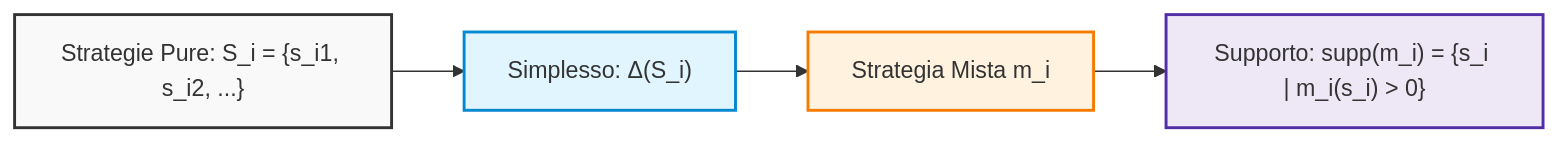
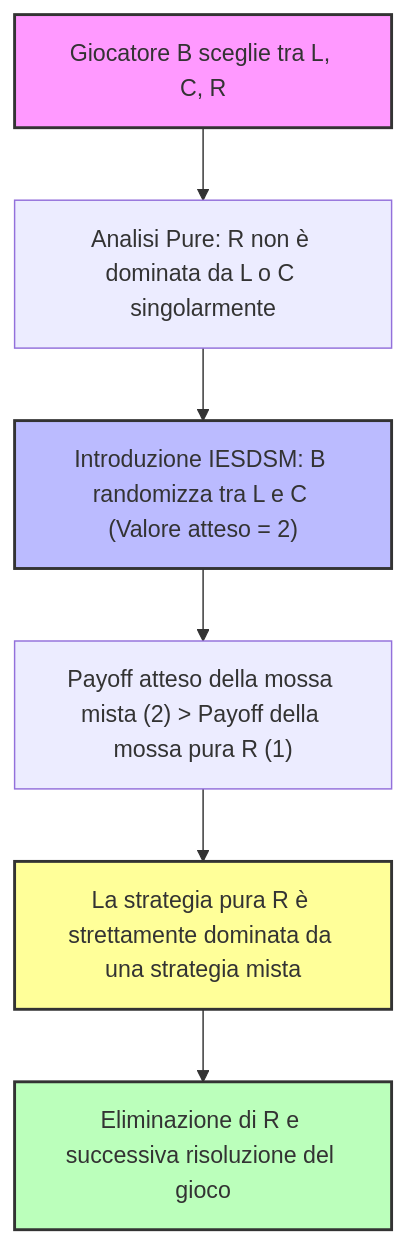
The first of 2 diagrams in Game Theory/2026-10-12/schema.md (giovannistefanuto/Lezionify-Appunti), drawn with Mermaid before and after one commit. The commit also changed other lines of this file and 2 other files, not shown here.

````diff
--- a/Game Theory/2026-10-12/schema.md
+++ b/Game Theory/2026-10-12/schema.md
@@ -45,14 +142,13 @@
 ```mermaid
-flowchart LR
-    accTitle: Relazione tra Strategie Pure, Miste e Supporto
-    accDescr: Diagramma che mostra come lo spazio delle strategie pure generi il simplesso delle strategie miste e come da una strategia mista si estragga il supporto.
-    
-    A["Strategie Pure: S_i = {s_i1, s_i2, ...}"] --> B["Simplesso: Δ(S_i)"]
-    B --> C["Strategia Mista m_i"]
-    C --> D["Supporto: supp(m_i) = {s_i | m_i(s_i) > 0}"]
-    
-    style A fill:#f9f9f9,stroke:#333333,stroke-width:2px
-    style B fill:#e1f5fe,stroke:#0288d1,stroke-width:2px
-    style C fill:#fff3e0,stroke:#f57c00,stroke-width:2px
-    style D fill:#ede7f6,stroke:#512da8,stroke-width:2px
+flowchart TD
+    A["Giocatore B sceglie tra L, C, R"] --> B["Analisi Pure: R non è dominata da L o C singolarmente"]
+    B --> C["Introduzione IESDSM: B randomizza tra L e C (Valore atteso = 2)"]
+    C --> D["Payoff atteso della mossa mista (2) > Payoff della mossa pura R (1)"]
+    D --> E["La strategia pura R è strettamente dominata da una strategia mista"]
+    E --> F["Eliminazione di R e successiva risoluzione del gioco"]
+
+    style A fill:#f9f,stroke:#333,stroke-width:2px
+    style C fill:#bbf,stroke:#333,stroke-width:2px
+    style E fill:#ff9,stroke:#333,stroke-width:2px
+    style F fill:#bfb,stroke:#333,stroke-width:2px
 ```
````
